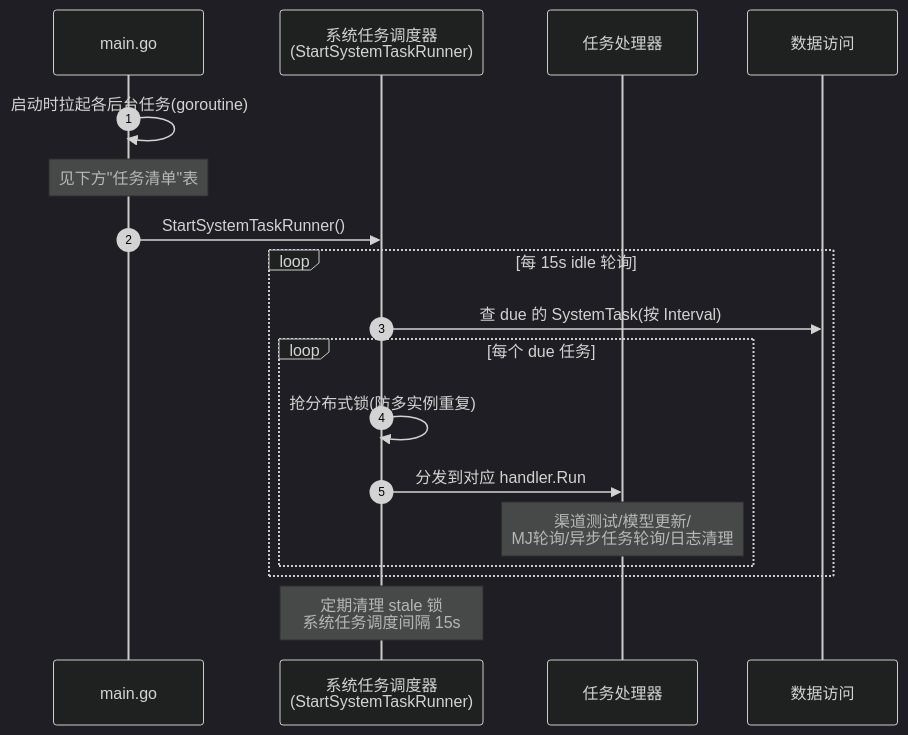
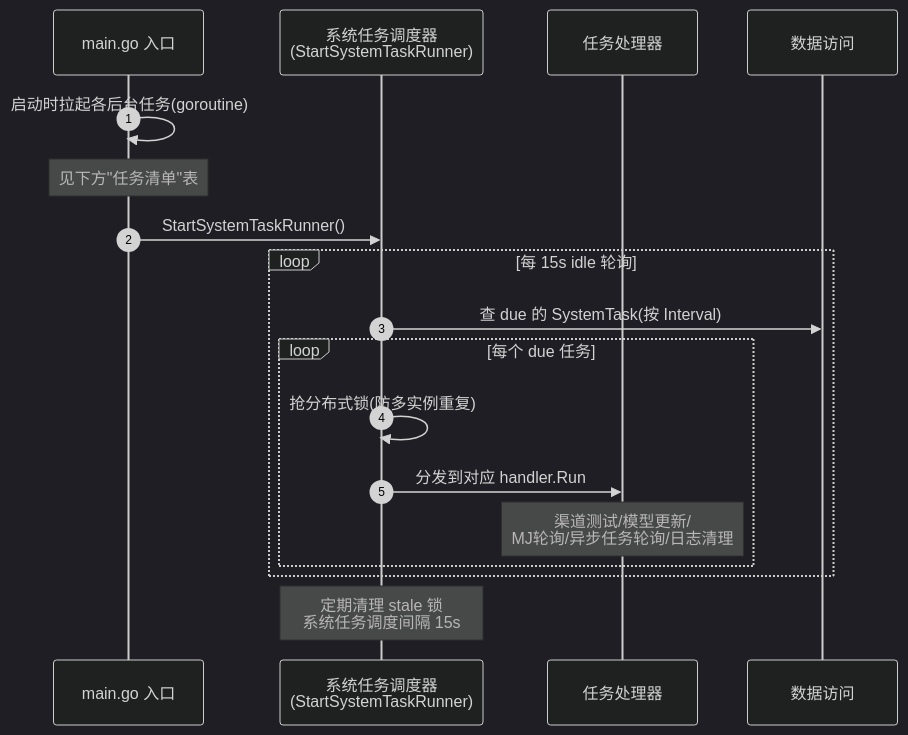
Before and after one commit to ChaosXu/new-api: the diagram in specs/03-ARCH/L3/new-api/flows/background-tasks.md, drawn with Mermaid (dark theme). The commit also changed other lines of this file and 52 other files, not shown here.

````diff
--- a/specs/03-ARCH/L3/new-api/flows/background-tasks.md
+++ b/specs/03-ARCH/L3/new-api/flows/background-tasks.md
@@ -7,22 +7,22 @@
 ```mermaid
 sequenceDiagram
     autonumber
-    participant Main as main.go
+    participant Main as main.go 入口
     participant Runner as 系统任务调度器<br/>(StartSystemTaskRunner)
     participant Handler as 任务处理器
     participant Data as 数据访问
 
     Main->>Main: 启动时拉起各后台任务(goroutine)
     Note over Main: 见下方"任务清单"表
 
     Main->>Runner: StartSystemTaskRunner()
     loop 每 15s idle 轮询
         Runner->>Data: 查 due 的 SystemTask(按 Interval)
         loop 每个 due 任务
             Runner->>Runner: 抢分布式锁(防多实例重复)
             Runner->>Handler: 分发到对应 handler.Run
             Note over Handler: 渠道测试/模型更新/<br/>MJ轮询/异步任务轮询/日志清理
         end
     end
     Note over Runner: 定期清理 stale 锁<br/>系统任务调度间隔 15s
 ```
````
